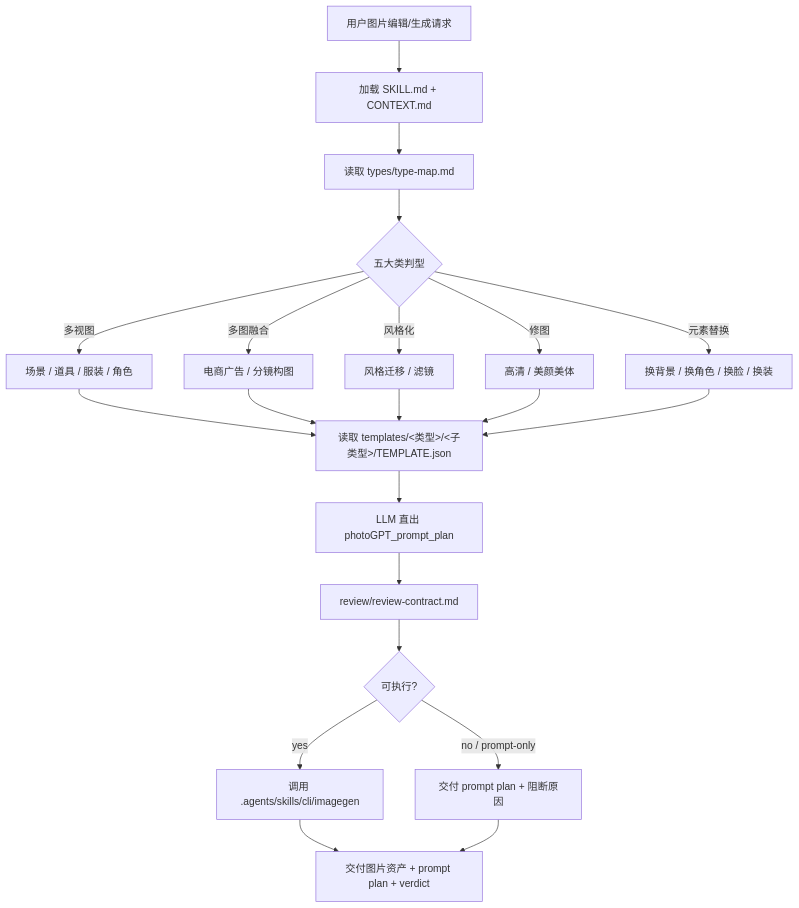
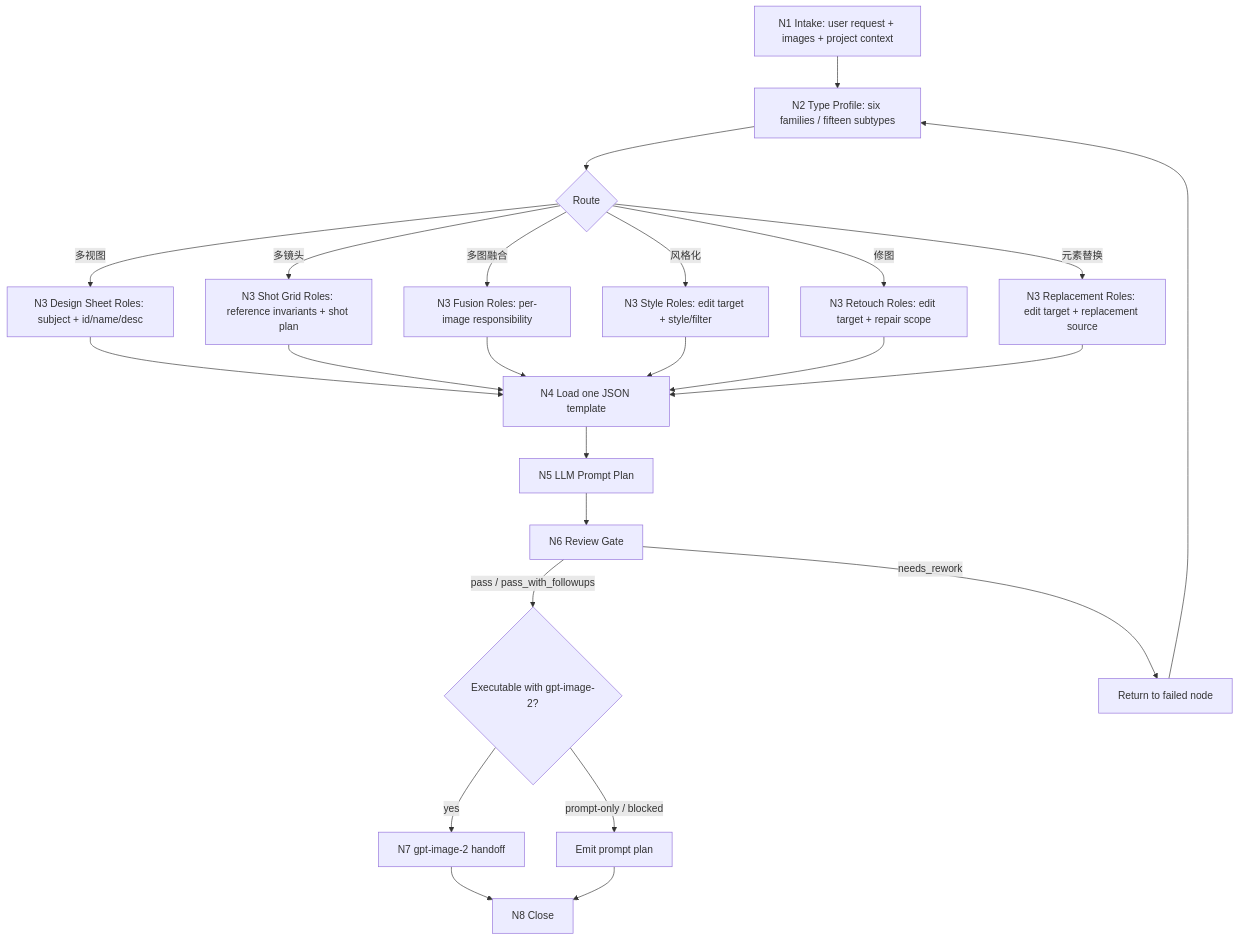
The first of 2 diagrams in .agents/skills/photoGPT/SKILL.md (ZEN-VOID/AI-CUT), drawn with Mermaid before and after one commit. The commit also changed other lines of this file and 293 other files, not shown here.

````diff
--- a/.agents/skills/photoGPT/SKILL.md
+++ b/.agents/skills/photoGPT/SKILL.md
@@ -88,23 +203,26 @@
 ```mermaid
 flowchart TD
-    A["用户图片编辑/生成请求"] --> B["加载 SKILL.md + CONTEXT.md"]
-    B --> C["读取 types/type-map.md"]
-    C --> D{"五大类判型"}
-    D -->|"多视图"| E["场景 / 道具 / 服装 / 角色"]
-    D -->|"多图融合"| F["电商广告 / 分镜构图"]
-    D -->|"风格化"| G["风格迁移 / 滤镜"]
-    D -->|"修图"| H["高清 / 美颜美体"]
-    D -->|"元素替换"| I["换背景 / 换角色 / 换脸 / 换装"]
-    E --> J["读取 templates/<类型>/<子类型>/TEMPLATE.json"]
-    F --> J
-    G --> J
-    H --> J
-    I --> J
-    J --> K["LLM 直出 photoGPT_prompt_plan"]
-    K --> L["review/review-contract.md"]
-    L --> M{可执行?}
-    M -->|"yes"| N["调用 .agents/skills/cli/imagegen"]
-    M -->|"no / prompt-only"| O["交付 prompt plan + 阻断原因"]
-    N --> P["交付图片资产 + prompt plan + verdict"]
+    A["N1 Intake: user request + images + project context"] --> B["N2 Type Profile: six families / fifteen subtypes"]
+    B --> C{"Route"}
+    C -->|"多视图"| D["N3 Design Sheet Roles: subject + id/name/desc"]
+    C -->|"多镜头"| S["N3 Shot Grid Roles: reference invariants + shot plan"]
+    C -->|"多图融合"| E["N3 Fusion Roles: per-image responsibility"]
+    C -->|"风格化"| F["N3 Style Roles: edit target + style/filter"]
+    C -->|"修图"| G["N3 Retouch Roles: edit target + repair scope"]
+    C -->|"元素替换"| H["N3 Replacement Roles: edit target + replacement source"]
+    D --> I["N4 Load one JSON template"]
+    S --> I
+    E --> I
+    F --> I
+    G --> I
+    H --> I
+    I --> J["N5 LLM Prompt Plan"]
+    J --> K["N6 Review Gate"]
+    K -->|"pass / pass_with_followups"| L{"Executable with gpt-image-2?"}
+    K -->|"needs_rework"| M["Return to failed node"]
+    L -->|"yes"| N["N7 gpt-image-2 handoff"]
+    L -->|"prompt-only / blocked"| O["Emit prompt plan"]
+    N --> P["N8 Close"]
     O --> P
+    M --> B
 ```
````
